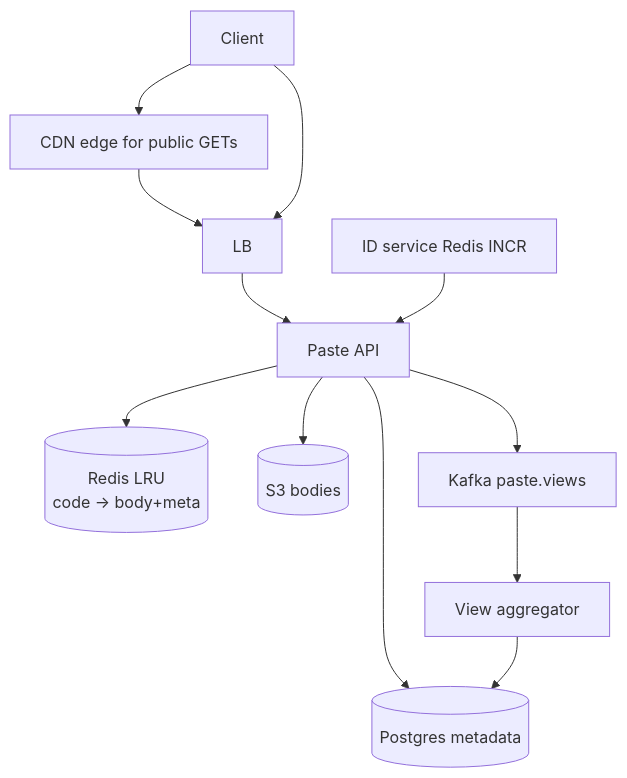
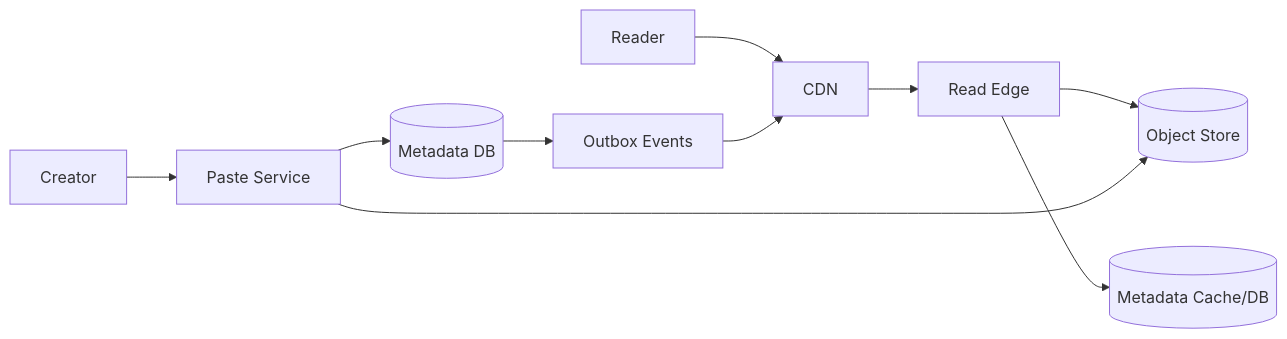
One commit to Chirumamilla1522/c3-ai changed diagram 12 of 32 in system_design.md. Above: the diagram before and after it, drawn with Mermaid. The commit also changed other lines of this file and 1 other file, not shown here.

````diff
--- a/system_design.md
+++ b/system_design.md
@@ -1107,14 +1241,12 @@
 ```mermaid
-flowchart TB
-  U[Client] --> CDN[CDN edge for public GETs]
-  CDN --> LB[LB]
-  U --> LB
-  LB --> API[Paste API]
-  API --> Redis[(Redis LRU<br/>code → body+meta)]
-  API --> PG[(Postgres metadata)]
-  API --> S3[(S3 bodies)]
-  API --> K[Kafka paste.views]
-  K --> Agg[View aggregator]
-  Agg --> PG
-  ID[ID service Redis INCR] --> API
+flowchart LR
+  Reader[Reader] --> CDN[CDN]
+  CDN --> Edge[Read Edge]
+  Edge --> Meta[(Metadata Cache/DB)]
+  Edge --> Obj[(Object Store)]
+  Creator[Creator] --> Write[Paste Service]
+  Write --> Obj
+  Write --> DB[(Metadata DB)]
+  DB --> Events[Outbox Events]
+  Events --> CDN
 ```
````
